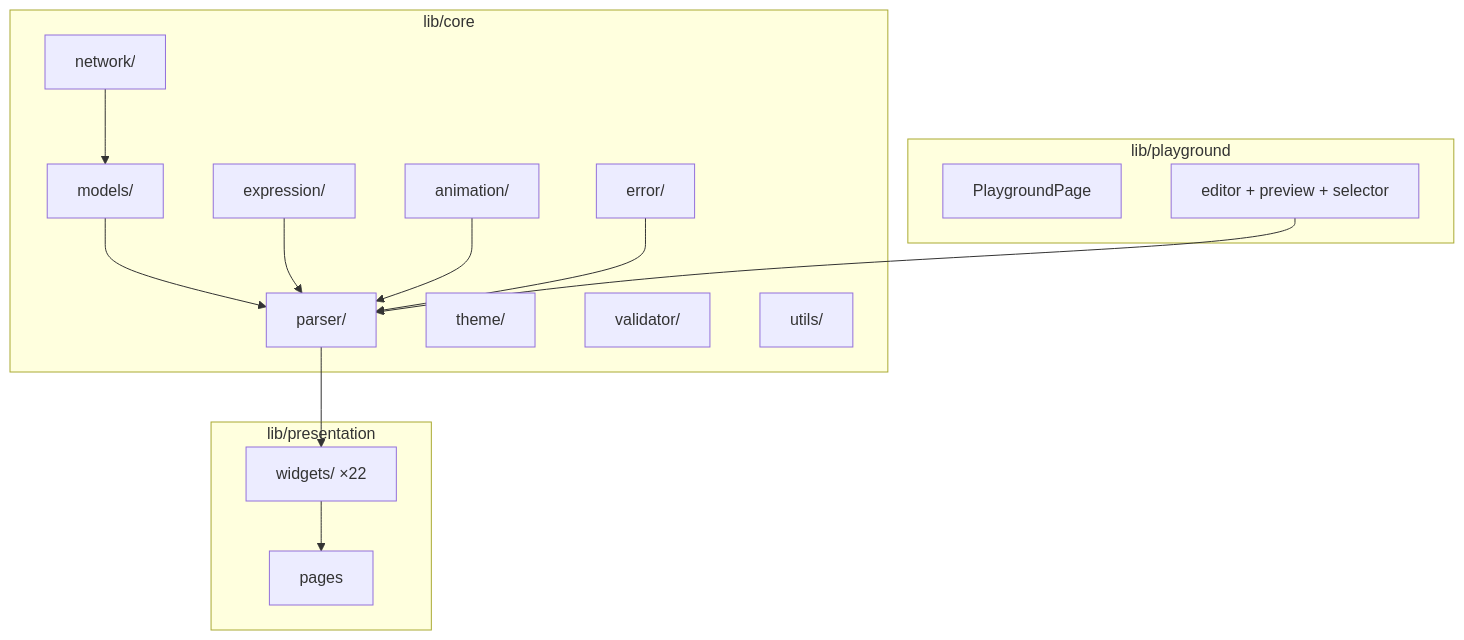
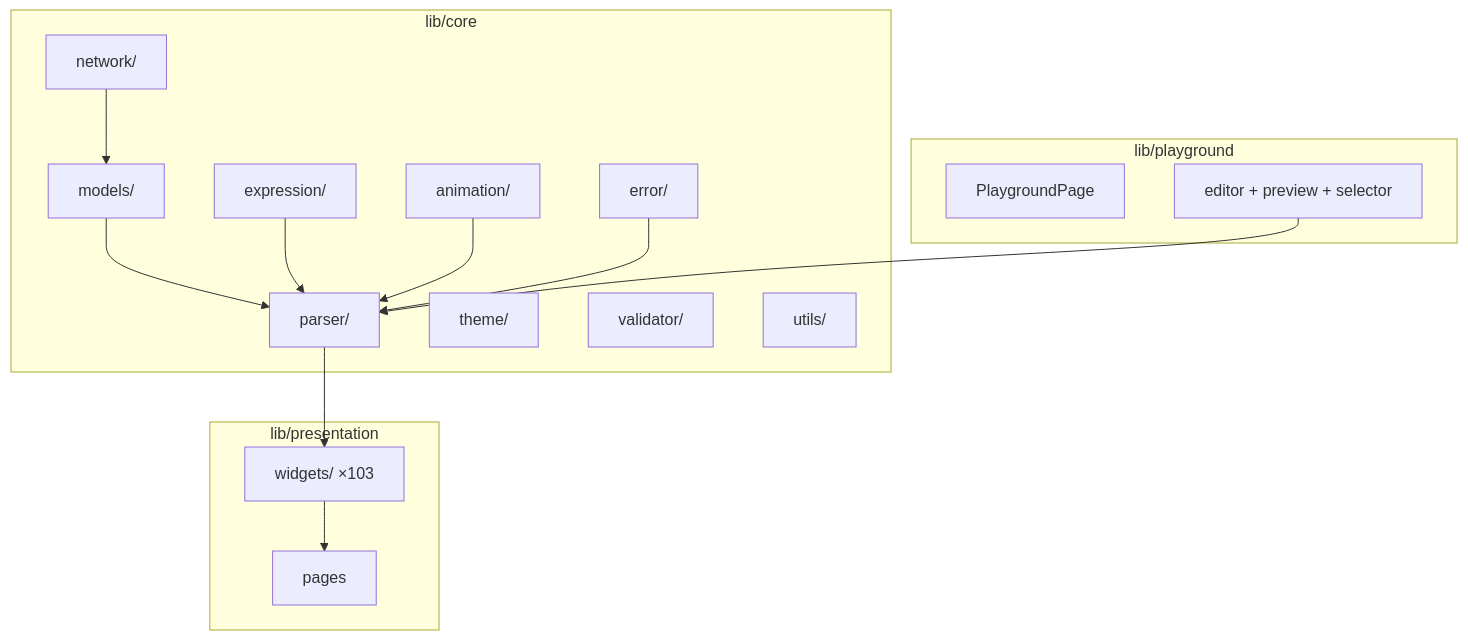
Before and after one commit to worthwhile-booleanalgebra471/flutter-server-driven-ui: the second of 2 diagrams in README.md, drawn with Mermaid. The commit also changed other lines of this file and 3 other files, not shown here.

````diff
--- a/README.md
+++ b/README.md
@@ -69,30 +69,30 @@
 ```mermaid
 graph TB
   subgraph core ["lib/core"]
     models["models/"]
     network["network/"]
     parser["parser/"]
     expression["expression/"]
     theme["theme/"]
     validator["validator/"]
     animation["animation/"]
     error["error/"]
     utils["utils/"]
   end
   subgraph presentation ["lib/presentation"]
     pages["pages"]
-    widgets["widgets/ ×22"]
+    widgets["widgets/ ×103"]
   end
   subgraph playground ["lib/playground"]
     pg_page["PlaygroundPage"]
     pg_widgets["editor + preview + selector"]
   end
   network --> models
   models --> parser
   expression --> parser
   animation --> parser
   error --> parser
   parser --> widgets
   widgets --> pages
   pg_widgets --> parser
 ```
````
